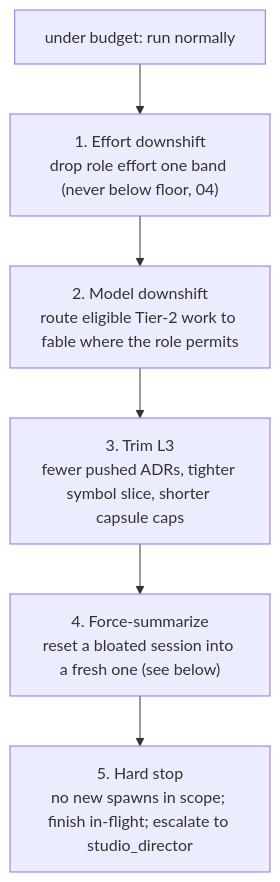
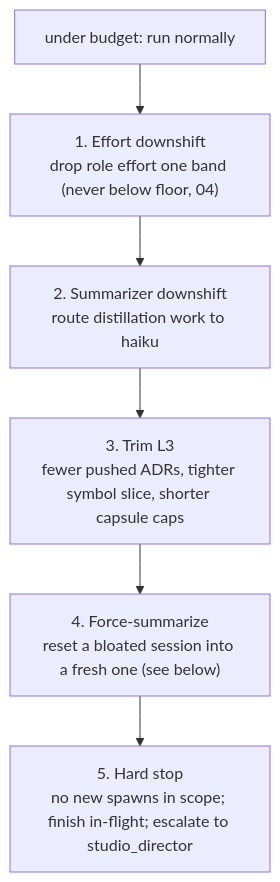
Before and after one commit to tugcantopaloglu/game-studio-crew: the diagram in docs/design/06-budget-governance.md, drawn with Mermaid. The commit also changed other lines of this file and 5 other files, not shown here.

First line of the commit message:
Fix inverted tier numbering and Fable cost assumption

````diff
--- a/docs/design/06-budget-governance.md
+++ b/docs/design/06-budget-governance.md
@@ -36,9 +36,9 @@
 ```mermaid
 graph TD
   S0[under budget: run normally] --> S1
   S1["1. Effort downshift<br/>drop role effort one band (never below floor, 04)"] --> S2
-  S2["2. Model downshift<br/>route eligible Tier-2 work to fable where the role permits"] --> S3
+  S2["2. Summarizer downshift<br/>route distillation work to haiku"] --> S3
   S3["3. Trim L3<br/>fewer pushed ADRs, tighter symbol slice, shorter capsule caps"] --> S4
   S4["4. Force-summarize<br/>reset a bloated session into a fresh one (see below)"] --> S5
   S5["5. Hard stop<br/>no new spawns in scope; finish in-flight; escalate to studio_director"]
 ```
````
